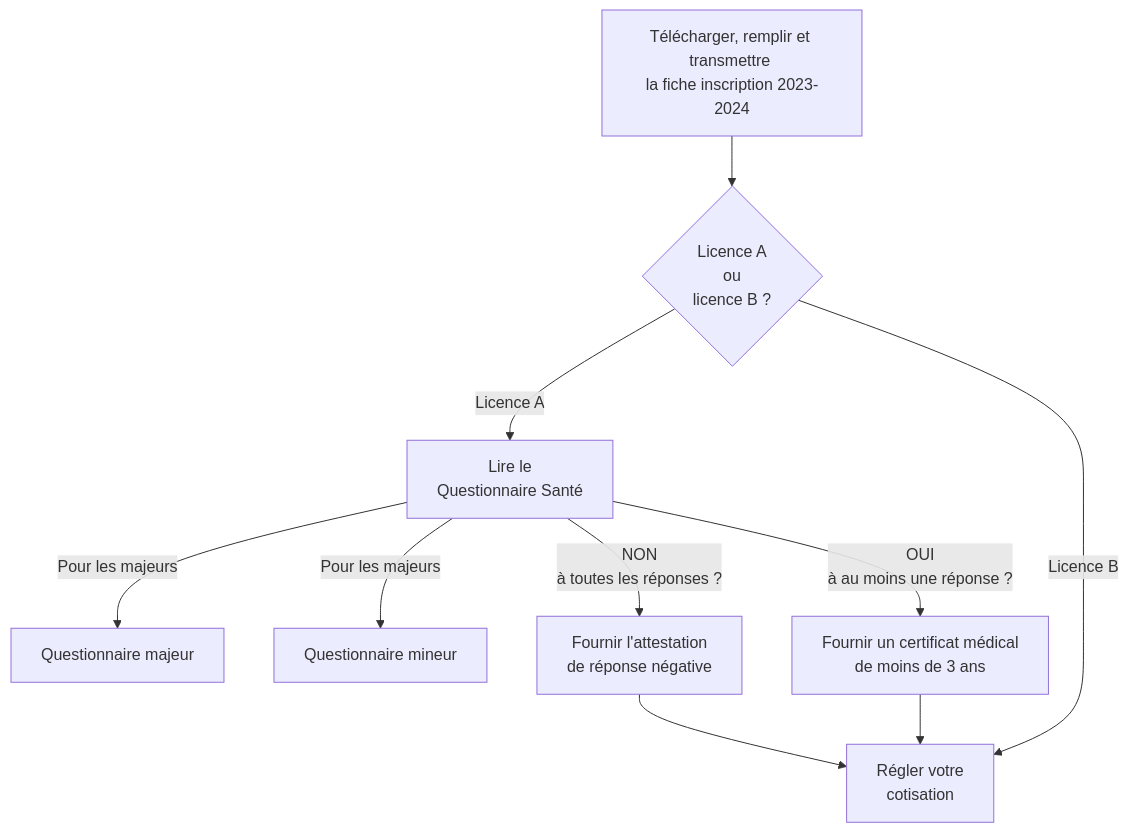
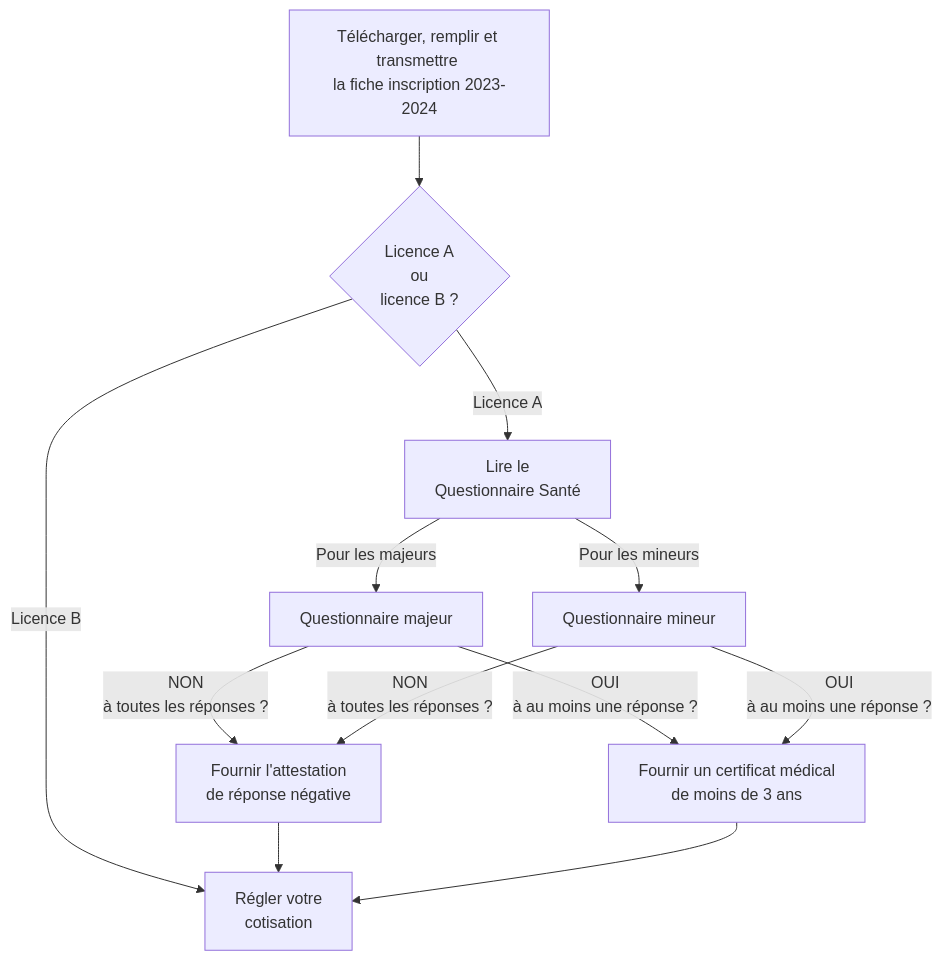
The diagram in docs/inscription.md (petitroquesva/sva), drawn with Mermaid before and after one commit. The commit also changed other lines of this file and 6 other files, not shown here.

````diff
--- a/docs/inscription.md
+++ b/docs/inscription.md
@@ -13,16 +45,16 @@
 ```mermaid
 flowchart TD
     id0[Télécharger, remplir et transmettre <br/>la fiche inscription 2023-2024]
     id0 --> id1{Licence A <br/>ou <br/>licence B ?} -- Licence A --> id2[Lire le <br/>Questionnaire Santé]
     id2 -- Pour les majeurs --> id2a[Questionnaire majeur]
-    id2 -- Pour les majeurs --> id2b[Questionnaire mineur]
-    id2 -- NON<br/>à toutes les réponses ? --> id3[Fournir l'attestation<br/>de réponse négative]
-    id2 -- OUI<br/>à au moins une réponse ? --> id4[Fournir un certificat médical<br/>de moins de 3 ans]
+    id2 -- Pour les mineurs --> id2b[Questionnaire mineur]
+    id2a & id2b -- NON<br/>à toutes les réponses ? --> id3[Fournir l'attestation<br/>de réponse négative]
+    id2a & id2b -- OUI<br/>à au moins une réponse ? --> id4[Fournir un certificat médical<br/>de moins de 3 ans]
     id1 -- Licence B --> id5[Régler votre <br/>cotisation]
     id3 --> id5[Régler votre <br/>cotisation]
     id4 --> id5[Régler votre <br/>cotisation]
     click id0 "resources/Fiche-inscription-2023-2024.docx"
     click id2a "resources/2-questionnaire_majeur.pdf"
     click id2b "resources/2-questionnaire_mineur.pdf"
     click id3 "resources/2-Attestation_negative.pdf"
 ```
````
